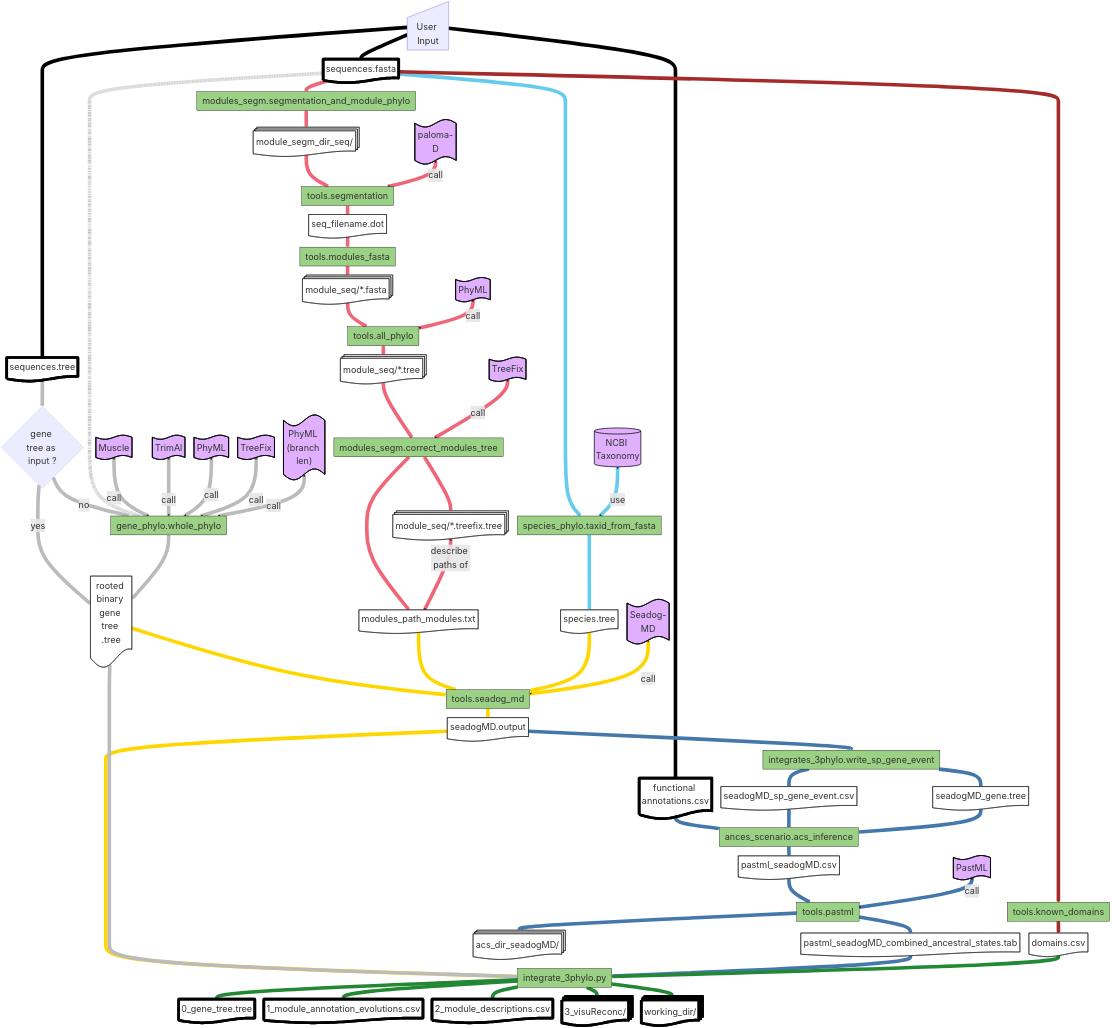
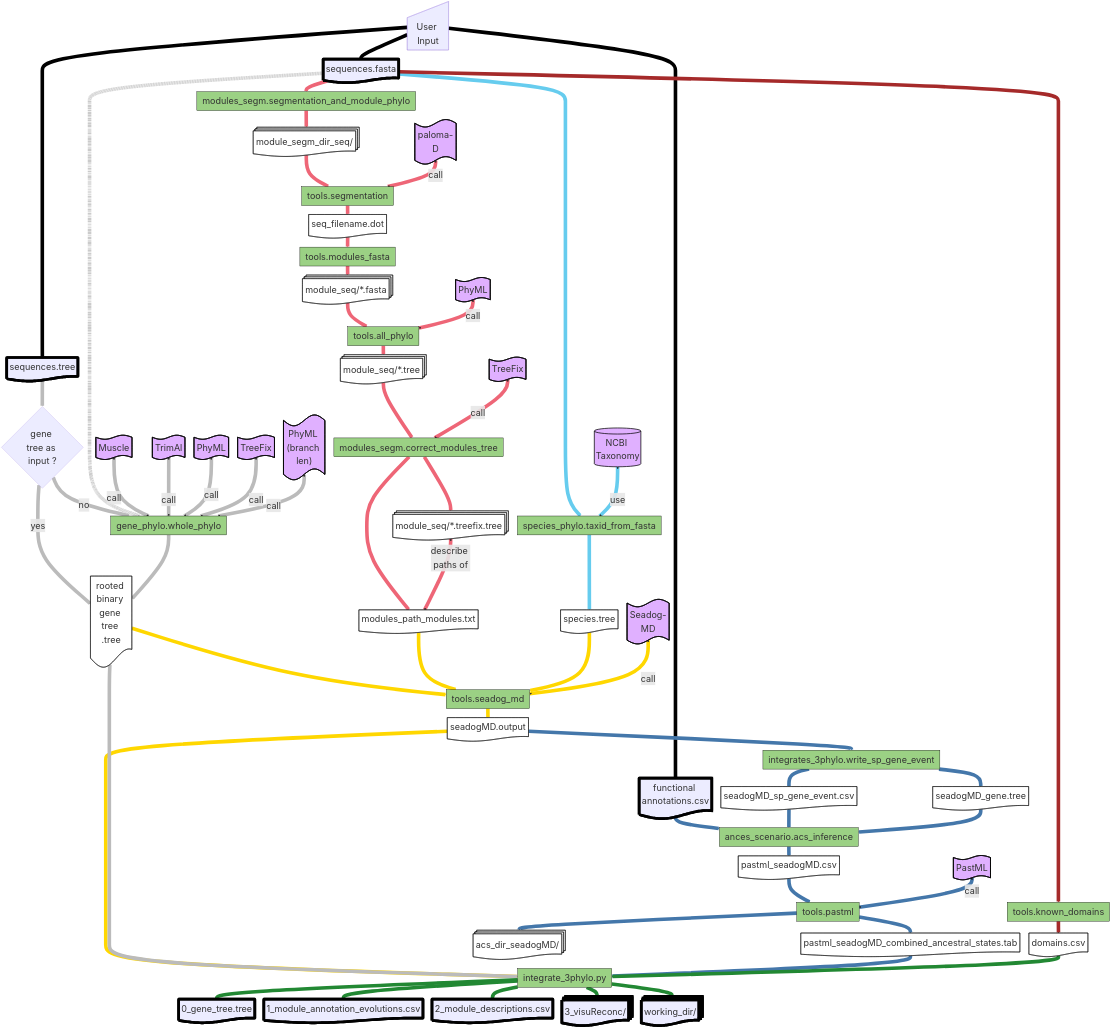
One commit to OcMalde/fuse-phylotree changed the diagram in README.md. Above: the diagram before and after it, drawn with Mermaid.

Commit message:
readme mermaid test

```diff
--- a/README.md
+++ b/README.md
@@ -159,7 +159,7 @@
 classDef files fill:#fff,stroke:#000,stroke-width:2px;
 class m2,m4,m7,m12,m13,m14,g2,s3,r3,r5,r6,a2,a5,a6,d2 files
 
-classDef input fill:#fff,stroke:#000,stroke-width:15px;
+classDef input stroke:#000,stroke-width:15px;
 class A,B,C,i2,i3,i4,i5,i6 input
 
 classDef scripts fill:#9BD184,stroke:#000,stroke-width:2px;
```
